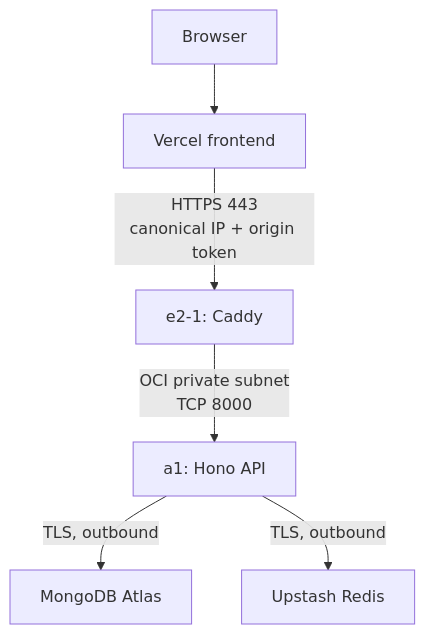
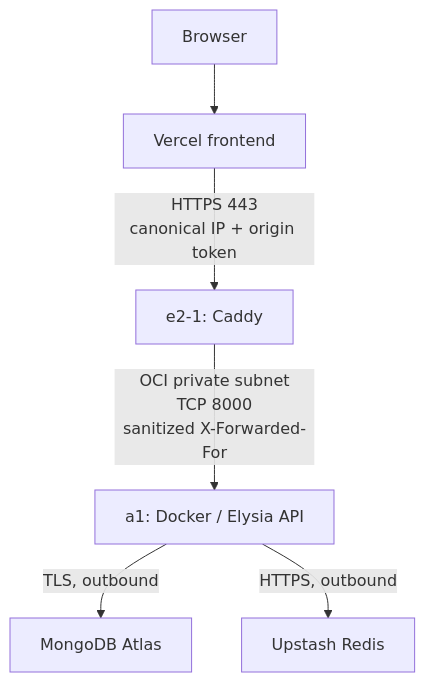
One commit to RutamBhagat/crossval changed the first of 2 diagrams in README.md. Above: the diagram before and after it, drawn with Mermaid. The commit also changed other lines of this file and 92 other files, not shown here.

````diff
--- a/README.md
+++ b/README.md
@@ -44,8 +42,8 @@
 ```mermaid
 flowchart TD
     U[Browser] --> V[Vercel frontend]
     V -->|HTTPS 443<br/>canonical IP + origin token| C[e2-1: Caddy]
-    C -->|OCI private subnet<br/>TCP 8000| A[a1: Hono API]
+    C -->|OCI private subnet<br/>TCP 8000<br/>sanitized X-Forwarded-For| A[a1: Docker / Elysia API]
     A -->|TLS, outbound| M[MongoDB Atlas]
-    A -->|TLS, outbound| R[Upstash Redis]
+    A -->|HTTPS, outbound| R[Upstash Redis]
 ```
````
